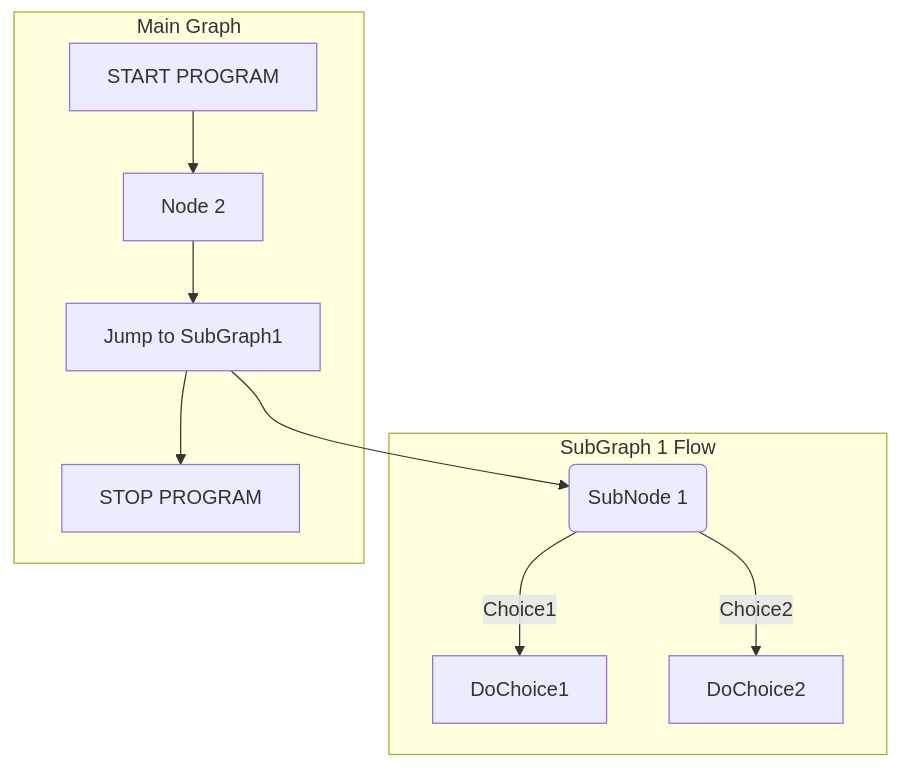
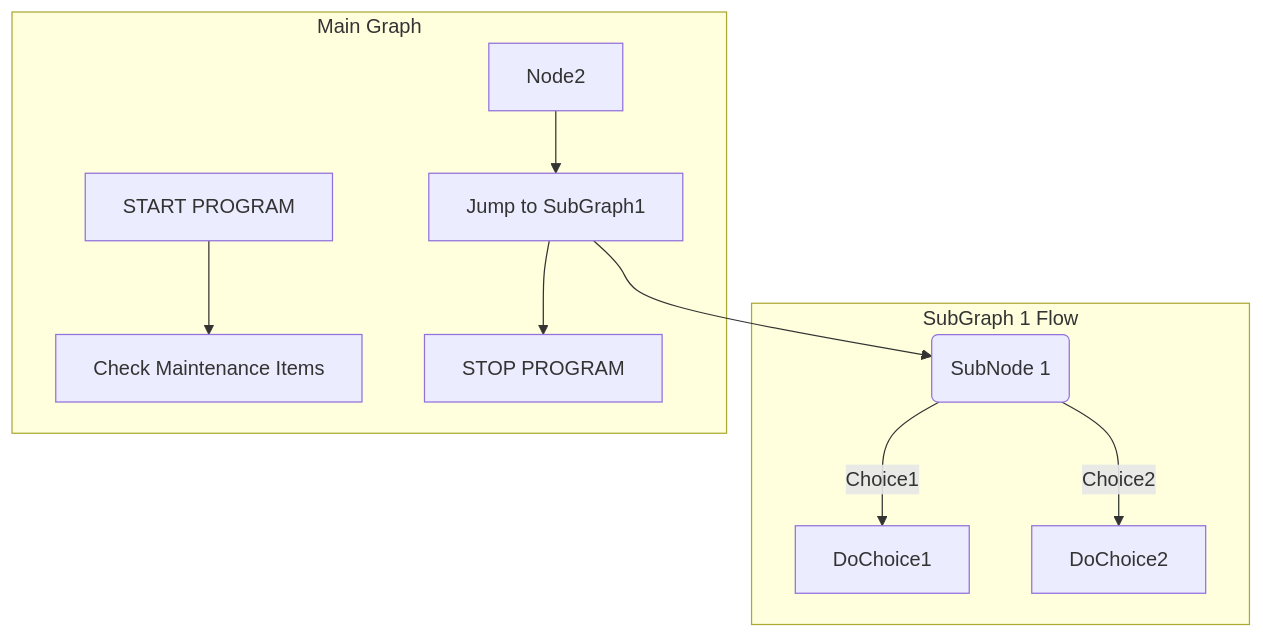
Before and after one commit to carldavidbrownjr/repo1: the second of 2 diagrams in foundation.git.markdown.md, drawn with Mermaid.

````diff
--- a/foundation.git.markdown.md
+++ b/foundation.git.markdown.md
@@ -25,16 +25,16 @@
 ```mermaid
 graph TB
 
   SubGraph1 --> SubGraph1Flow
   subgraph "SubGraph 1 Flow"
   SubGraph1Flow(SubNode 1)
   SubGraph1Flow -- Choice1 --> DoChoice1
   SubGraph1Flow -- Choice2 --> DoChoice2
   end
 
   subgraph "Main Graph"
-  START[START PROGRAM] --> Node2[Node 2]
+  START[START PROGRAM] --> MAINTENANCE[Check Maintenance Items]
   Node2 --> SubGraph1[Jump to SubGraph1]
   SubGraph1 --> END_PRGROGRAM[STOP PROGRAM]
 end
 ```
````
